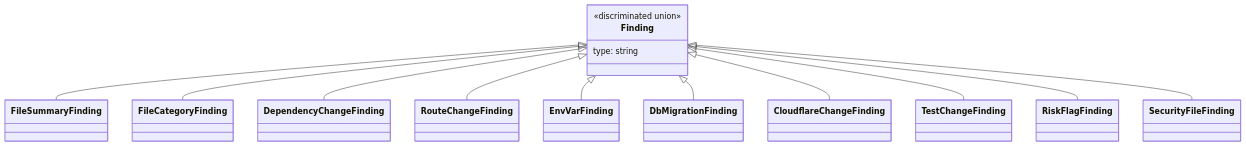
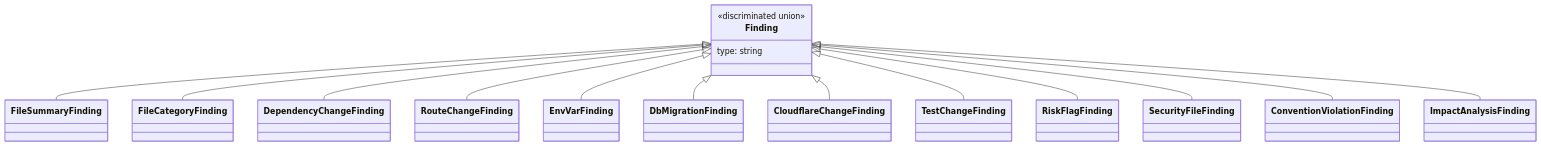
The diagram in docs/04-types/findings.md (better-vibe/branch-narrator), drawn with Mermaid before and after one commit. The commit also changed other lines of this file and 11 other files, not shown here.

````diff
--- a/docs/04-types/findings.md
+++ b/docs/04-types/findings.md
@@ -23,18 +23,20 @@
 ```mermaid
 classDiagram
     Finding <|-- FileSummaryFinding
     Finding <|-- FileCategoryFinding
     Finding <|-- DependencyChangeFinding
     Finding <|-- RouteChangeFinding
     Finding <|-- EnvVarFinding
     Finding <|-- DbMigrationFinding
     Finding <|-- CloudflareChangeFinding
     Finding <|-- TestChangeFinding
     Finding <|-- RiskFlagFinding
     Finding <|-- SecurityFileFinding
+    Finding <|-- ConventionViolationFinding
+    Finding <|-- ImpactAnalysisFinding
 
     class Finding {
         <<discriminated union>>
         type: string
     }
 ```
````
